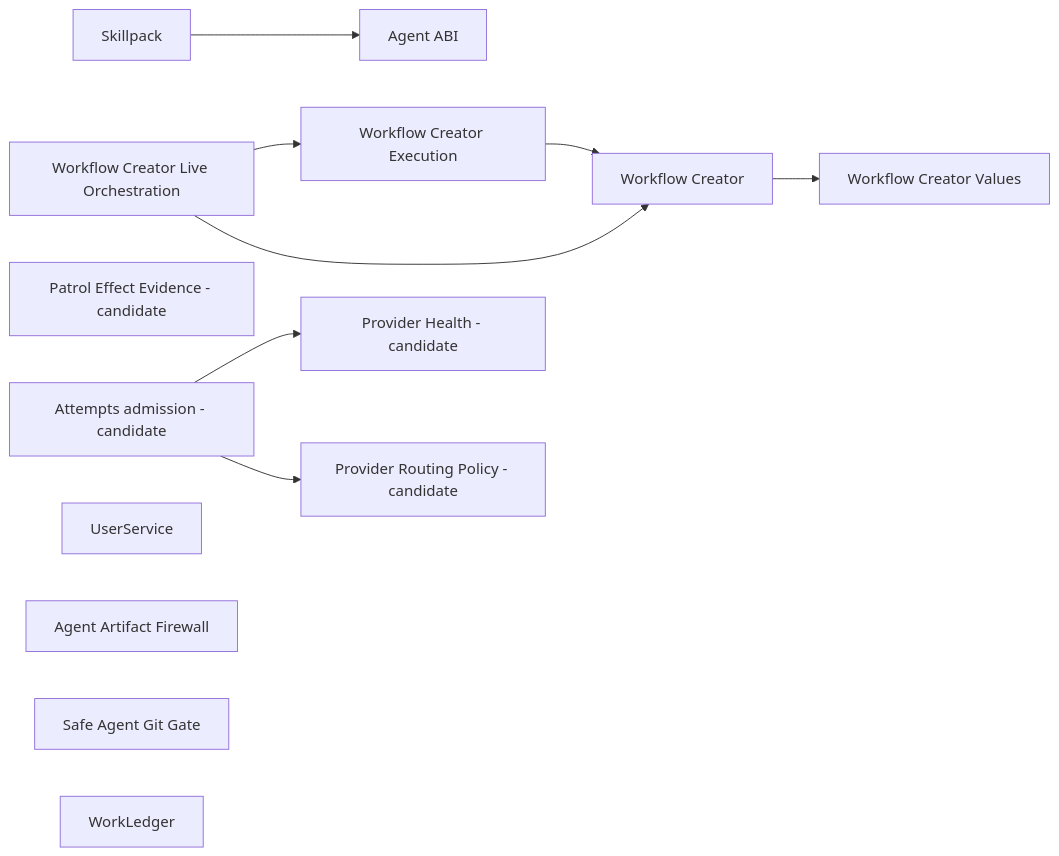
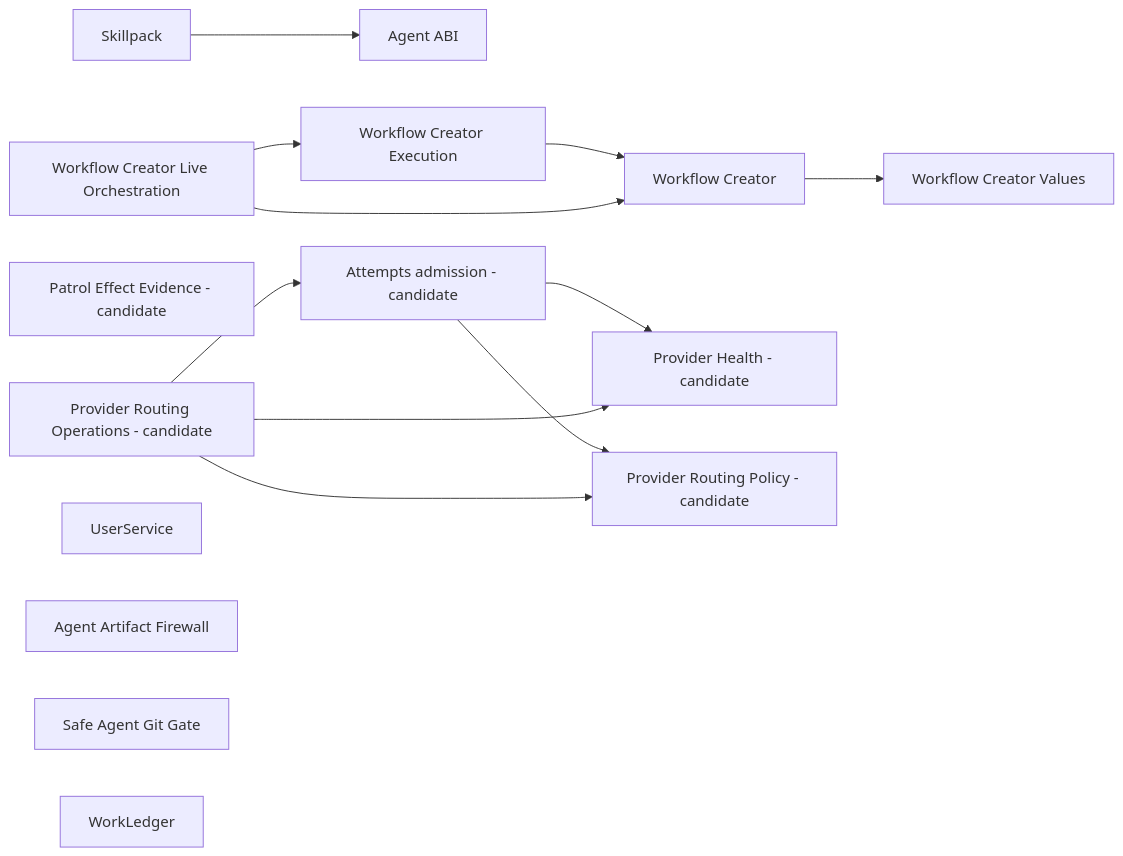
The diagram in wiki/component-boundaries.md (ivankuznetsov/hive), drawn with Mermaid before and after one commit. The commit also changed other lines of this file and 51 other files, not shown here.

````diff
--- a/wiki/component-boundaries.md
+++ b/wiki/component-boundaries.md
@@ -57,15 +58,18 @@
 ```mermaid
 flowchart LR
   skillpack[Skillpack] --> agent_abi[Agent ABI]
   workflow_execution[Workflow Creator Execution] --> workflow_core[Workflow Creator]
   workflow_live[Workflow Creator Live Orchestration] --> workflow_execution
   workflow_live --> workflow_core
   workflow_core[Workflow Creator] --> workflow_values[Workflow Creator Values]
   patrol_effects[Patrol Effect Evidence - candidate]
   attempts[Attempts admission - candidate] --> provider_health[Provider Health - candidate]
   attempts --> provider_routing[Provider Routing Policy - candidate]
+  routing_operations[Provider Routing Operations - candidate] --> attempts
+  routing_operations --> provider_health
+  routing_operations --> provider_routing
   user_service[UserService]
   artifact_firewall[Agent Artifact Firewall]
   git_gate[Safe Agent Git Gate]
   work_ledger[WorkLedger]
 ```
````
